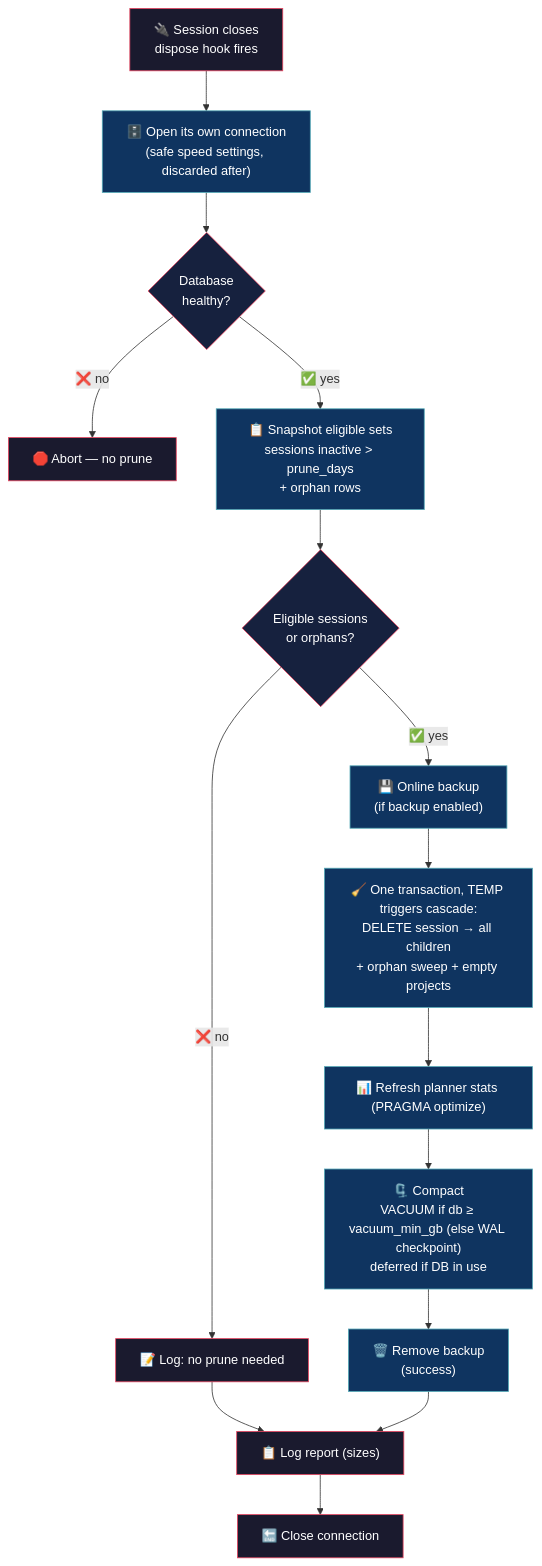
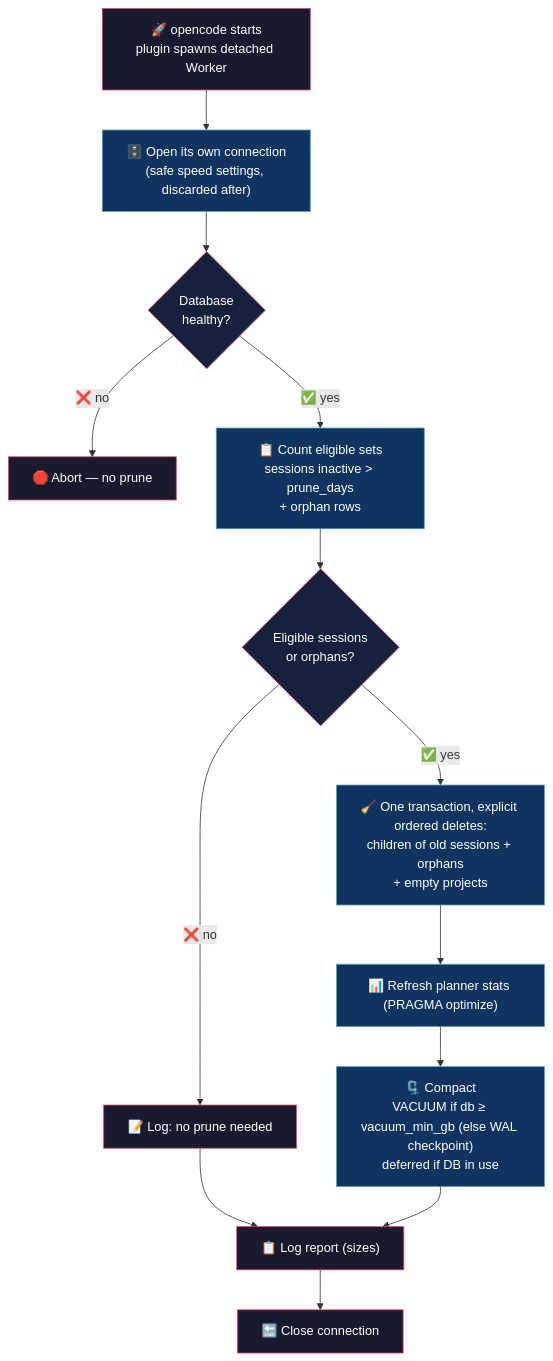
Before and after one commit to alejo54dev/opencode-db-prunetor: the diagram in README.md, drawn with Mermaid. The commit also changed other lines of this file and 2 other files, not shown here.

First line of the commit message:
refactor: linear maintenance pipeline; drop backup feature and 3s settle; align with sibling plugins

````diff
--- a/README.md
+++ b/README.md
@@ -35,33 +33,29 @@
 ```mermaid
 flowchart TD
-    A["🔌 Session closes<br/>dispose hook fires"]
+    A["🚀 opencode starts<br/>plugin spawns detached Worker"]
     A --> B["🗄️ Open its own connection<br/>(safe speed settings, discarded after)"]
     B --> C{"Database<br/>healthy?"}
     C -->|"❌ no"| Z["🛑 Abort — no prune"]
-    C -->|"✅ yes"| D["📋 Snapshot eligible sets<br/>sessions inactive > prune_days<br/>+ orphan rows"]
+    C -->|"✅ yes"| D["📋 Count eligible sets<br/>sessions inactive > prune_days<br/>+ orphan rows"]
     D --> E{"Eligible sessions<br/>or orphans?"}
     E -->|"❌ no"| R["📝 Log: no prune needed"]
-    E -->|"✅ yes"| F["💾 Online backup<br/>(if backup enabled)"]
-    F --> G["🧹 One transaction, TEMP triggers cascade:<br/>DELETE session → all children<br/>+ orphan sweep + empty projects"]
+    E -->|"✅ yes"| G["🧹 One transaction, explicit ordered deletes:<br/>children of old sessions + orphans<br/>+ empty projects"]
     G --> I["📊 Refresh planner stats (PRAGMA optimize)"]
     I --> M["🗜️ Compact<br/>VACUUM if db ≥ vacuum_min_gb (else WAL checkpoint)<br/>deferred if DB in use"]
-    M --> L["🗑️ Remove backup<br/>(success)"]
     R --> J["📋 Log report (sizes)"]
-    L --> J
+    M --> J
     J --> K["🔚 Close connection"]
 
     style A fill:#1a1a2e,stroke:#e94560,color:#fff
     style B fill:#0f3460,stroke:#53a8b6,color:#fff
     style C fill:#16213e,stroke:#e94560,color:#fff
     style D fill:#0f3460,stroke:#53a8b6,color:#fff
     style E fill:#16213e,stroke:#e94560,color:#fff
-    style F fill:#0f3460,stroke:#53a8b6,color:#fff
     style G fill:#0f3460,stroke:#53a8b6,color:#fff
     style I fill:#0f3460,stroke:#53a8b6,color:#fff
     style M fill:#0f3460,stroke:#53a8b6,color:#fff
-    style L fill:#0f3460,stroke:#53a8b6,color:#fff
     style J fill:#1a1a2e,stroke:#e94560,color:#fff
     style K fill:#1a1a2e,stroke:#e94560,color:#fff
     style R fill:#1a1a2e,stroke:#e94560,color:#fff
     style Z fill:#1a1a2e,stroke:#e94560,color:#fff
 ```
````
